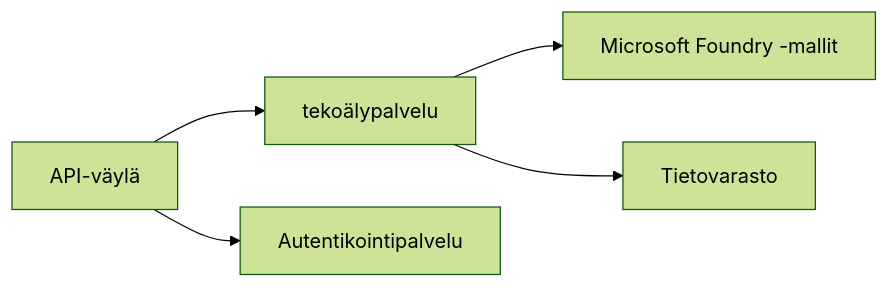
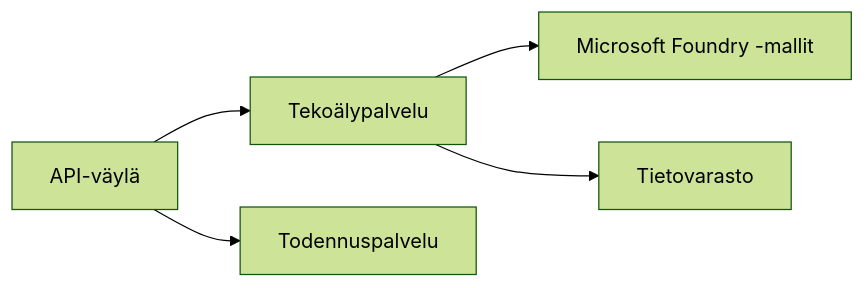
One commit to microsoft/AZD-for-beginners changed the first of 2 diagrams in translations/fi/docs/chapter-08-production/README.md. Above: the diagram before and after it, drawn with Mermaid (forest theme). The commit also changed other lines of this file and 104 other files, not shown here.

````diff
--- a/translations/fi/docs/chapter-08-production/README.md
+++ b/translations/fi/docs/chapter-08-production/README.md
@@ -48,6 +48,6 @@
 ```mermaid
 graph LR
-    Gateway[API-väylä] --> AI[tekoälypalvelu] --> Models[Microsoft Foundry -mallit]
-    Gateway --> Auth[Autentikointipalvelu]
+    Gateway[API-väylä] --> AI[Tekoälypalvelu] --> Models[Microsoft Foundry -mallit]
+    Gateway --> Auth[Todennuspalvelu]
     AI --> Data[Tietovarasto]
 ```
````
